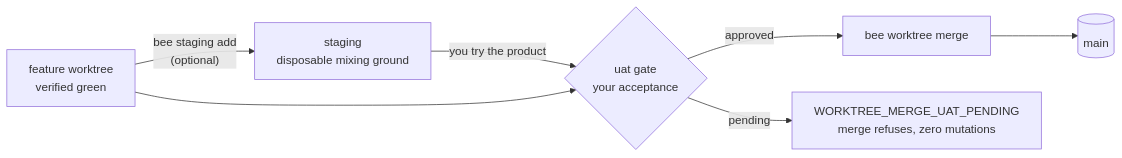
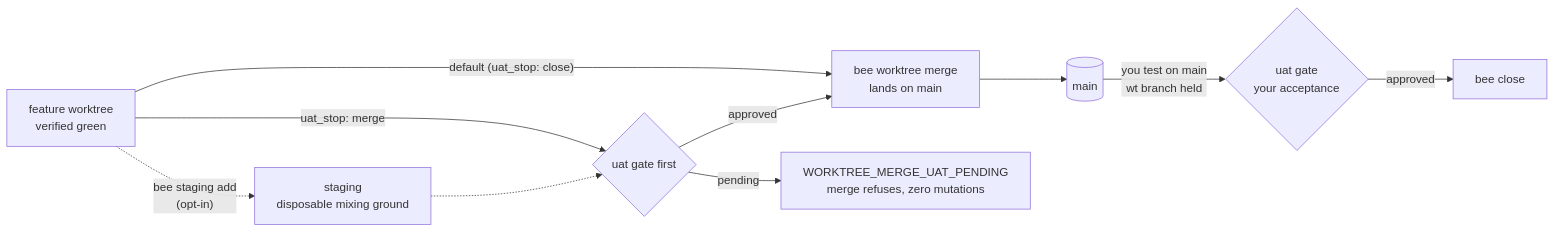
The first of 2 diagrams in README.md (thanhsmind/beehive), drawn with Mermaid before and after one commit. The commit also changed other lines of this file, not shown here.

Commit message:
Align the README uat/staging guidance with the new defaults
The uat door now defaults to the close placement (merge lands on main,
worktree held for testing) and staging is opt-in; the section prose,
config table, and flow diagram say so.

````diff
--- a/README.md
+++ b/README.md
@@ -290,9 +290,12 @@
 ```mermaid
 flowchart LR
-    W["feature worktree<br/>verified green"] -->|"bee staging add<br/>(optional)"| S["staging<br/>disposable mixing ground"]
-    S -->|you try the product| U{"uat gate<br/>your acceptance"}
-    W --> U
-    U -->|approved| M["bee worktree merge"]
-    U -->|pending| R["WORKTREE_MERGE_UAT_PENDING<br/>merge refuses, zero mutations"]
+    W["feature worktree<br/>verified green"] -->|"default (uat_stop: close)"| M["bee worktree merge<br/>lands on main"]
     M --> T[(main)]
+    T -->|you test on main<br/>wt branch held| U{"uat gate<br/>your acceptance"}
+    U -->|approved| C["bee close"]
+    W -->|"uat_stop: merge"| U2{"uat gate first"}
+    U2 -->|approved| M
+    U2 -->|pending| R["WORKTREE_MERGE_UAT_PENDING<br/>merge refuses, zero mutations"]
+    W -.->|"bee staging add<br/>(opt-in)"| S["staging<br/>disposable mixing ground"]
+    S -.-> U2
 ```
````
